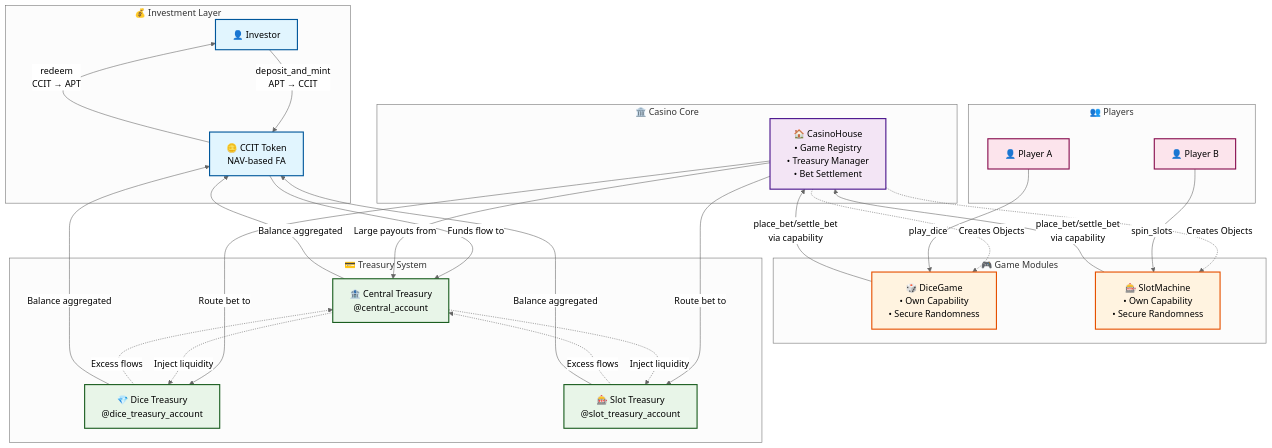
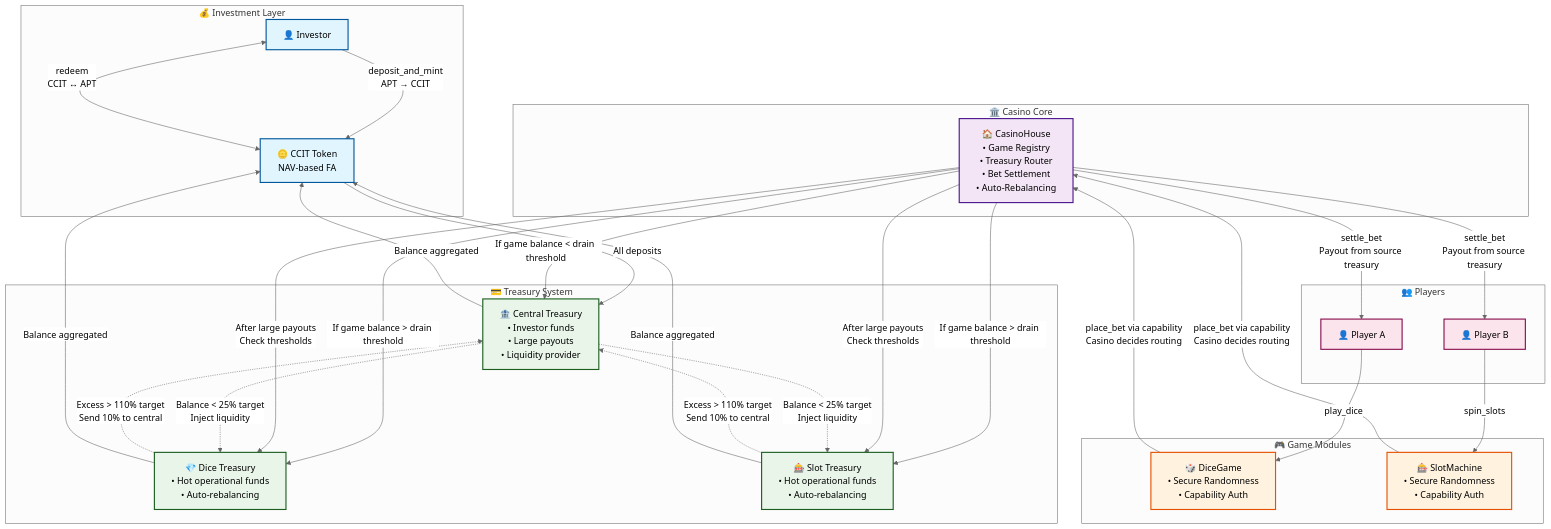
Before and after one commit to PersonaNormale/ChainCasino: the first of 3 diagrams in README.md, drawn with Mermaid (neutral theme).

````diff
--- a/README.md
+++ b/README.md
@@ -36,72 +36,75 @@
 ```mermaid
 flowchart TD
     subgraph "💰 Investment Layer"
         Investor[👤 Investor]
         CCIT[🪙 CCIT Token<br/>NAV-based FA]
     end
 
     subgraph "🏛️ Casino Core"
-        Casino[🏠 CasinoHouse<br/>• Game Registry<br/>• Treasury Manager<br/>• Bet Settlement]
+        Casino[🏠 CasinoHouse<br/>• Game Registry<br/>• Treasury Router<br/>• Bet Settlement<br/>• Auto-Rebalancing]
     end
 
     subgraph "🎮 Game Modules"
-        DiceGame[🎲 DiceGame<br/>• Own Capability<br/>• Secure Randomness]
-        SlotGame[🎰 SlotMachine<br/>• Own Capability<br/>• Secure Randomness]
+        DiceGame[🎲 DiceGame<br/>• Secure Randomness<br/>• Capability Auth]
+        SlotGame[🎰 SlotMachine<br/>• Secure Randomness<br/>• Capability Auth]
     end
 
     subgraph "💳 Treasury System"
-        Central[🏦 Central Treasury<br/>@central_account]
-        DiceTreasury[💎 Dice Treasury<br/>@dice_treasury_account]
-        SlotTreasury[🎰 Slot Treasury<br/>@slot_treasury_account]
+        Central[🏦 Central Treasury<br/>• Investor funds<br/>• Large payouts<br/>• Liquidity provider]
+        DiceTreasury[💎 Dice Treasury<br/>• Hot operational funds<br/>• Auto-rebalancing]
+        SlotTreasury[🎰 Slot Treasury<br/>• Hot operational funds<br/>• Auto-rebalancing]
     end
 
     subgraph "👥 Players"
         Player1[👤 Player A]
         Player2[👤 Player B]
     end
 
     %% Investment Flow
     Investor -->|deposit_and_mint<br/>APT → CCIT| CCIT
-    CCIT -->|Funds flow to| Central
-    CCIT -->|redeem<br/>CCIT → APT| Investor
+    CCIT -->|All deposits| Central
+    CCIT <-->|redeem<br/>CCIT ↔ APT| Investor
 
-    %% Game Registration
-    Casino -.->|Creates Objects| DiceGame
-    Casino -.->|Creates Objects| SlotGame
-
-    %% Player Gaming (Parallel Paths)
+    %% Player Gaming Flow
     Player1 -->|play_dice| DiceGame
     Player2 -->|spin_slots| SlotGame
 
-    %% Bet Settlement Flow
-    DiceGame -->|place_bet/settle_bet<br/>via capability| Casino
-    SlotGame -->|place_bet/settle_bet<br/>via capability| Casino
+    %% Bet Processing Flow
+    DiceGame -->|place_bet via capability<br/>Casino decides routing| Casino
+    SlotGame -->|place_bet via capability<br/>Casino decides routing| Casino
 
-    %% Treasury Routing (Block-STM Isolation)
-    Casino -->|Route bet to| DiceTreasury
-    Casino -->|Route bet to| SlotTreasury
-    Casino -->|Large payouts from| Central
+    %% Treasury Routing Logic
+    Casino -->|If game balance > drain threshold| DiceTreasury
+    Casino -->|If game balance > drain threshold| SlotTreasury
+    Casino -->|If game balance < drain threshold| Central
 
-    %% Auto-Rebalancing
-    DiceTreasury -.->|Excess flows| Central
-    SlotTreasury -.->|Excess flows| Central
-    Central -.->|Inject liquidity| DiceTreasury
-    Central -.->|Inject liquidity| SlotTreasury
+    %% Settlement Flow
+    Casino -->|settle_bet<br/>Payout from source treasury| Player1
+    Casino -->|settle_bet<br/>Payout from source treasury| Player2
+
+    %% Auto-Rebalancing Triggers
+    Casino -->|After large payouts<br/>Check thresholds| DiceTreasury
+    Casino -->|After large payouts<br/>Check thresholds| SlotTreasury
+    
+    DiceTreasury -.->|Excess > 110% target<br/>Send 10% to central| Central
+    SlotTreasury -.->|Excess > 110% target<br/>Send 10% to central| Central
+    Central -.->|Balance < 25% target<br/>Inject liquidity| DiceTreasury
+    Central -.->|Balance < 25% target<br/>Inject liquidity| SlotTreasury
 
     %% NAV Calculation
     Central -->|Balance aggregated| CCIT
     DiceTreasury -->|Balance aggregated| CCIT
     SlotTreasury -->|Balance aggregated| CCIT
 
     classDef investment fill:#e1f5fe,stroke:#01579b,stroke-width:2px
     classDef casino fill:#f3e5f5,stroke:#4a148c,stroke-width:2px
     classDef game fill:#fff3e0,stroke:#e65100,stroke-width:2px
     classDef treasury fill:#e8f5e8,stroke:#1b5e20,stroke-width:2px
     classDef player fill:#fce4ec,stroke:#880e4f,stroke-width:2px
 
     class Investor,CCIT investment
     class Casino casino
     class DiceGame,SlotGame game
     class Central,DiceTreasury,SlotTreasury treasury
     class Player1,Player2 player
 ```
````
